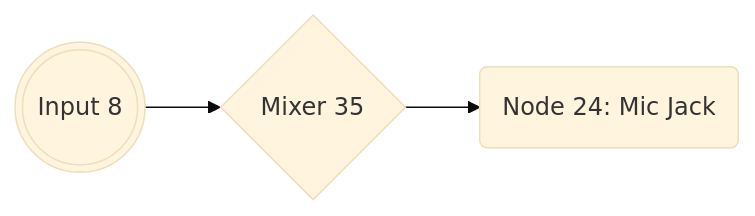
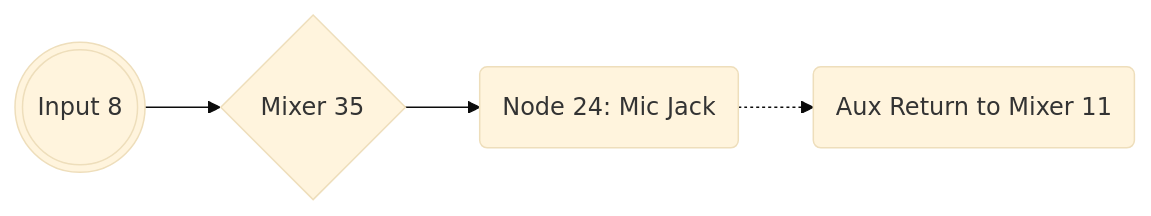
One commit to 5T33Z0/OC-Little-Translated changed the fifth of 7 diagrams in L_ALC_Layout-ID/README.md. Above: the diagram before and after it, drawn with Mermaid (base theme). The commit also changed other lines of this file, not shown here.

````diff
--- a/L_ALC_Layout-ID/README.md
+++ b/L_ALC_Layout-ID/README.md
@@ -224,4 +223,4 @@
 ```mermaid
 flowchart LR
-       id1(((Input 8))) -->Aid2{Mixer 35} -->id2(Node 24: Mic Jack)
+       id1(((Input 8))) -->Aid2{Mixer 35} -->id2(Node 24: Mic Jack)-.-> id3(Aux Return to Mixer 11)
 ```
````
